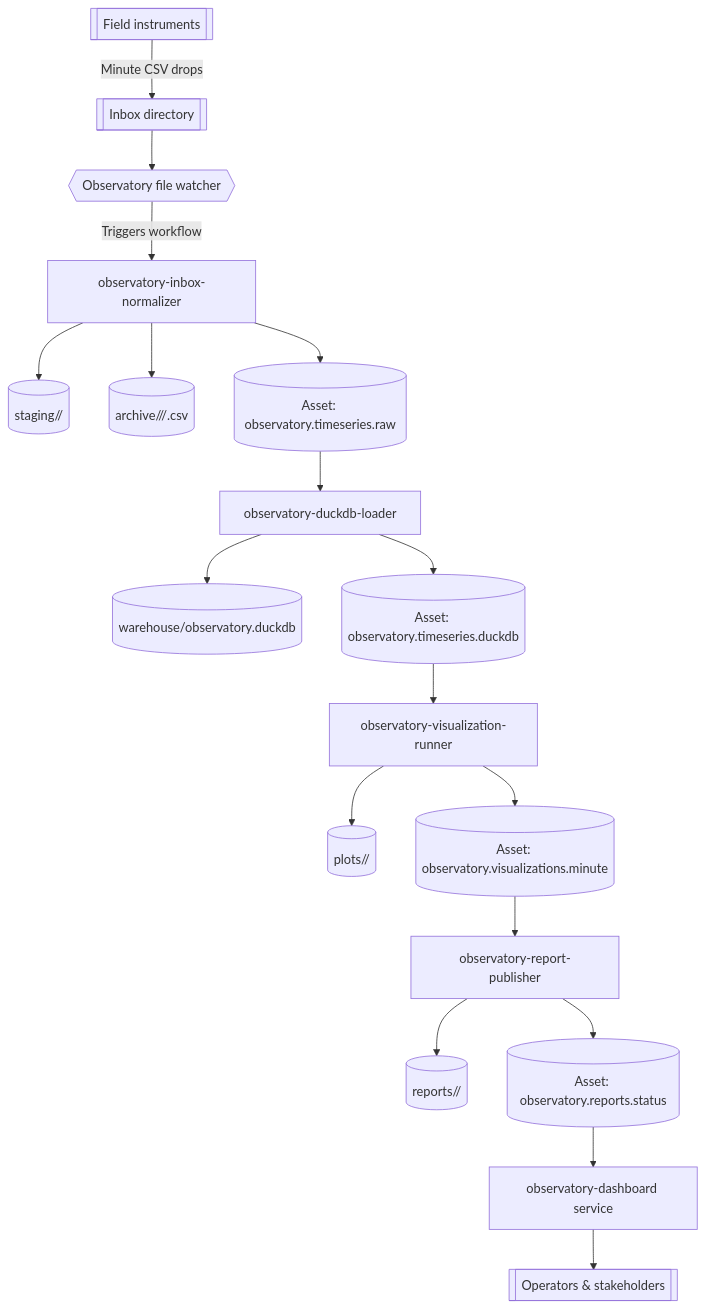
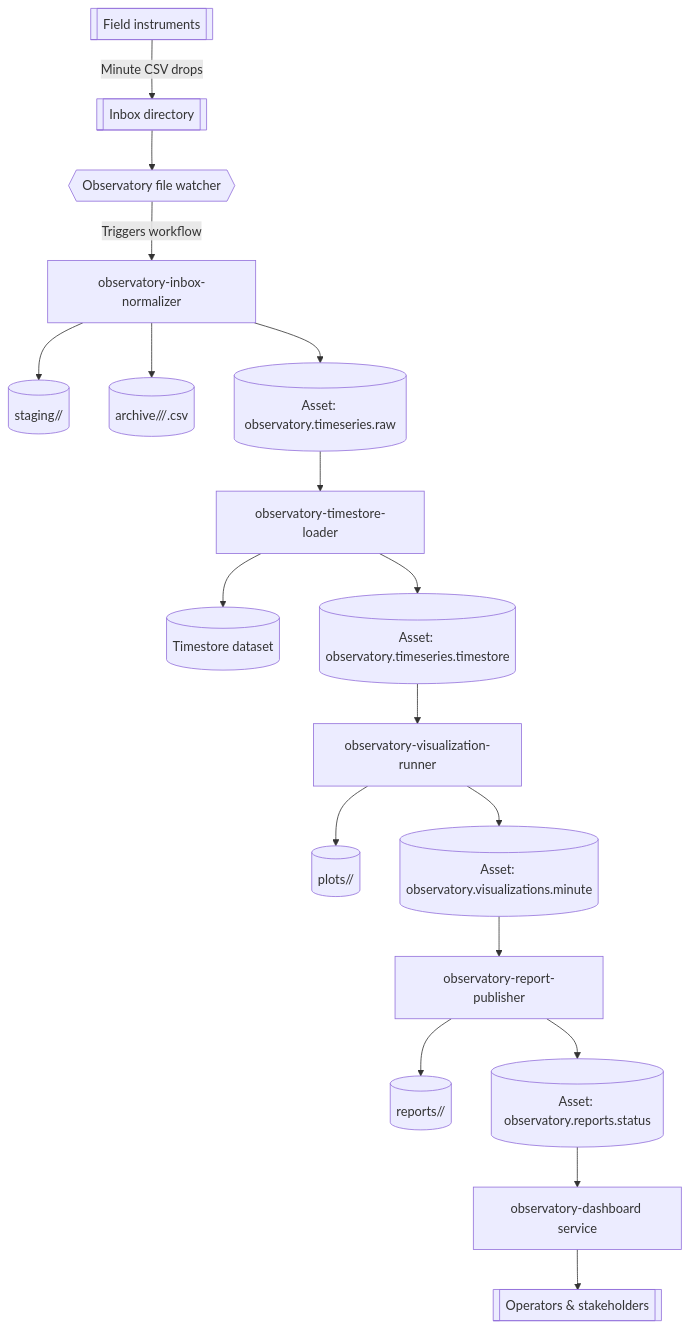
One commit to benediktbwimmer/apphub changed the diagram in docs/environmental-observatory-workflows.md. Above: the diagram before and after it, drawn with Mermaid. The commit also changed other lines of this file and 45 other files, not shown here.

Commit message:
chore: remove duckdb loader

````diff
--- a/docs/environmental-observatory-workflows.md
+++ b/docs/environmental-observatory-workflows.md
@@ -7,20 +7,20 @@
 ```mermaid
 graph TD
   Instruments[[Field instruments]] -->|Minute CSV drops| Inbox[[Inbox directory]]
   Inbox --> Watcher{{Observatory file watcher}}
   Watcher -->|Triggers workflow| Normalizer[observatory-inbox-normalizer]
   Normalizer --> Staging[(staging/<minute>/)]
   Normalizer --> Archive[(archive/<instrument>/<hour>/<minute>.csv)]
   Normalizer --> RawAsset[(Asset: observatory.timeseries.raw)]
-  RawAsset --> Loader[observatory-duckdb-loader]
-  Loader --> DuckDB[(warehouse/observatory.duckdb)]
-  Loader --> DuckAsset[(Asset: observatory.timeseries.duckdb)]
-  DuckAsset --> Visualization[observatory-visualization-runner]
+  RawAsset --> Loader[observatory-timestore-loader]
+  Loader --> Timestore[(Timestore dataset)]
+  Loader --> TimestoreAsset[(Asset: observatory.timeseries.timestore)]
+  TimestoreAsset --> Visualization[observatory-visualization-runner]
   Visualization --> Plots[(plots/<minute>/)]
   Visualization --> VizAsset[(Asset: observatory.visualizations.minute)]
   VizAsset --> Reporter[observatory-report-publisher]
   Reporter --> Reports[(reports/<minute>/)]
   Reporter --> ReportAsset[(Asset: observatory.reports.status)]
   ReportAsset --> Dashboard[observatory-dashboard service]
   Dashboard --> Viewers[[Operators & stakeholders]]
 ```
````
